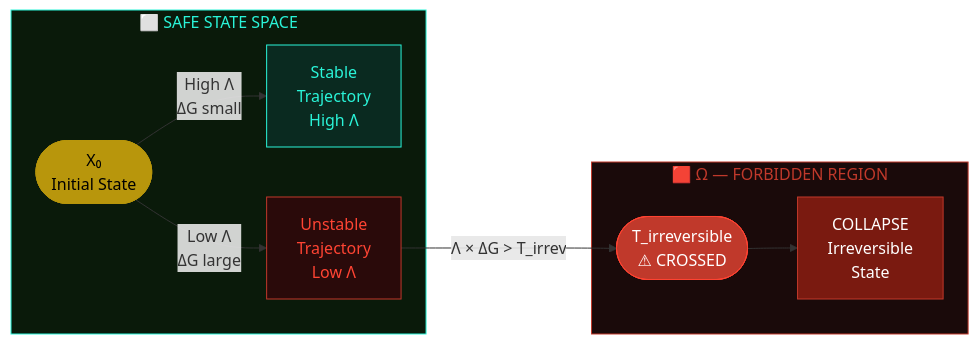
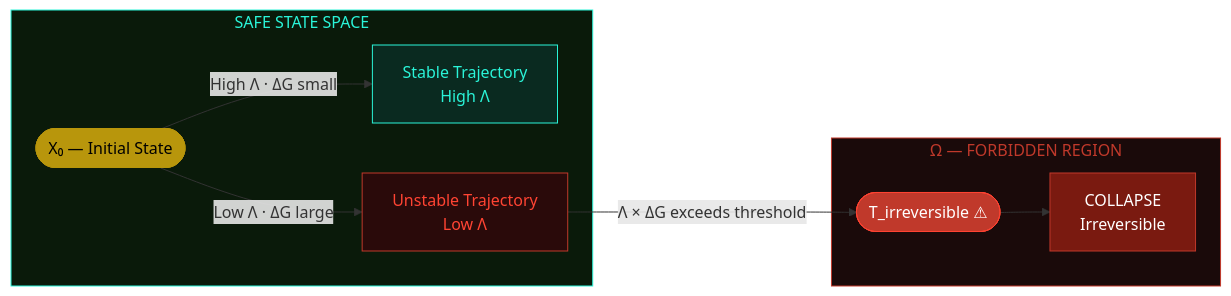
The first of 5 diagrams in README.md (davarntrades/MORRISON-TIME-DIRECTION-LAW), drawn with Mermaid before and after one commit. The commit also changed other lines of this file, not shown here.

````diff
--- a/README.md
+++ b/README.md
@@ -179,26 +131,26 @@
 ```mermaid
-graph LR
-    subgraph SAFE["⬜ SAFE STATE SPACE"]
-        X0(["X₀\nInitial State"])
-        S1["Stable\nTrajectory\nHigh Λ"]
-        S2["Unstable\nTrajectory\nLow Λ"]
+flowchart LR
+    subgraph SAFE["SAFE STATE SPACE"]
+        X0(["X₀ — Initial State"])
+        STABLE["Stable Trajectory\nHigh Λ"]
+        UNSTABLE["Unstable Trajectory\nLow Λ"]
     end
 
-    subgraph FORBIDDEN["🟥 Ω — FORBIDDEN REGION"]
-        T_irr(["T_irreversible\n⚠ CROSSED"])
-        COLLAPSE["COLLAPSE\nIrreversible\nState"]
+    subgraph OMEGA["Ω — FORBIDDEN REGION"]
+        TIRR(["T_irreversible ⚠"])
+        COLLAPSE["COLLAPSE\nIrreversible"]
     end
 
-    X0 -->|"High Λ\nΔG small"| S1
-    X0 -->|"Low Λ\nΔG large"| S2
-    S2 -->|"Λ × ΔG > T_irrev"| T_irr
-    T_irr --> COLLAPSE
+    X0 -->|"High Λ · ΔG small"| STABLE
+    X0 -->|"Low Λ · ΔG large"| UNSTABLE
+    UNSTABLE -->|"Λ × ΔG exceeds threshold"| TIRR
+    TIRR --> COLLAPSE
 
     style SAFE fill:#0a1a0a,stroke:#2af4d8,color:#2af4d8
-    style FORBIDDEN fill:#1a0a0a,stroke:#c0392b,color:#c0392b
+    style OMEGA fill:#1a0a0a,stroke:#c0392b,color:#c0392b
     style X0 fill:#b8960c,stroke:#b8960c,color:#000
-    style T_irr fill:#c0392b,stroke:#ff4433,color:#fff
+    style TIRR fill:#c0392b,stroke:#ff4433,color:#fff
     style COLLAPSE fill:#7a1a10,stroke:#c0392b,color:#fff
-    style S1 fill:#0a2a20,stroke:#2af4d8,color:#2af4d8
-    style S2 fill:#2a0a0a,stroke:#c0392b,color:#ff4433
+    style STABLE fill:#0a2a20,stroke:#2af4d8,color:#2af4d8
+    style UNSTABLE fill:#2a0a0a,stroke:#c0392b,color:#ff4433
 ```
````
